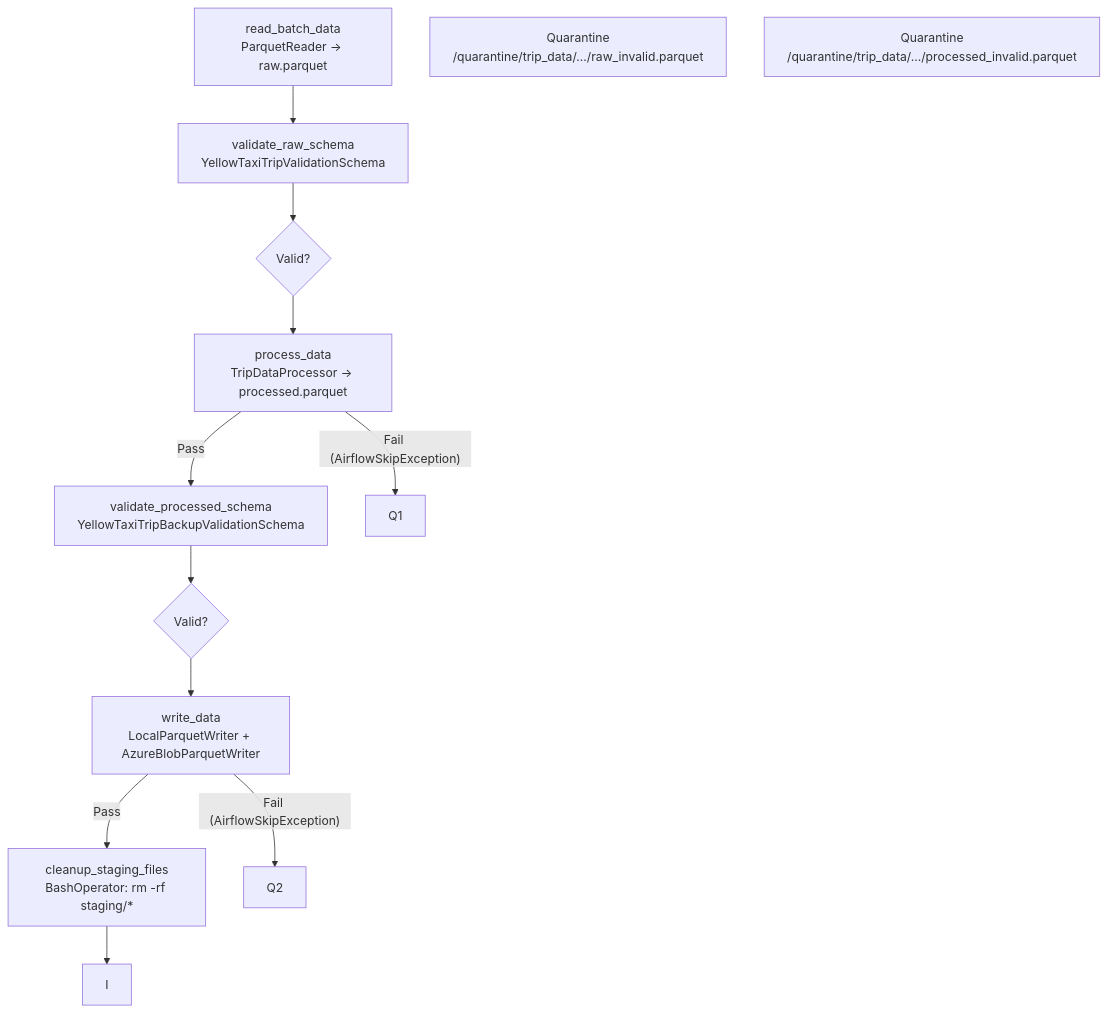
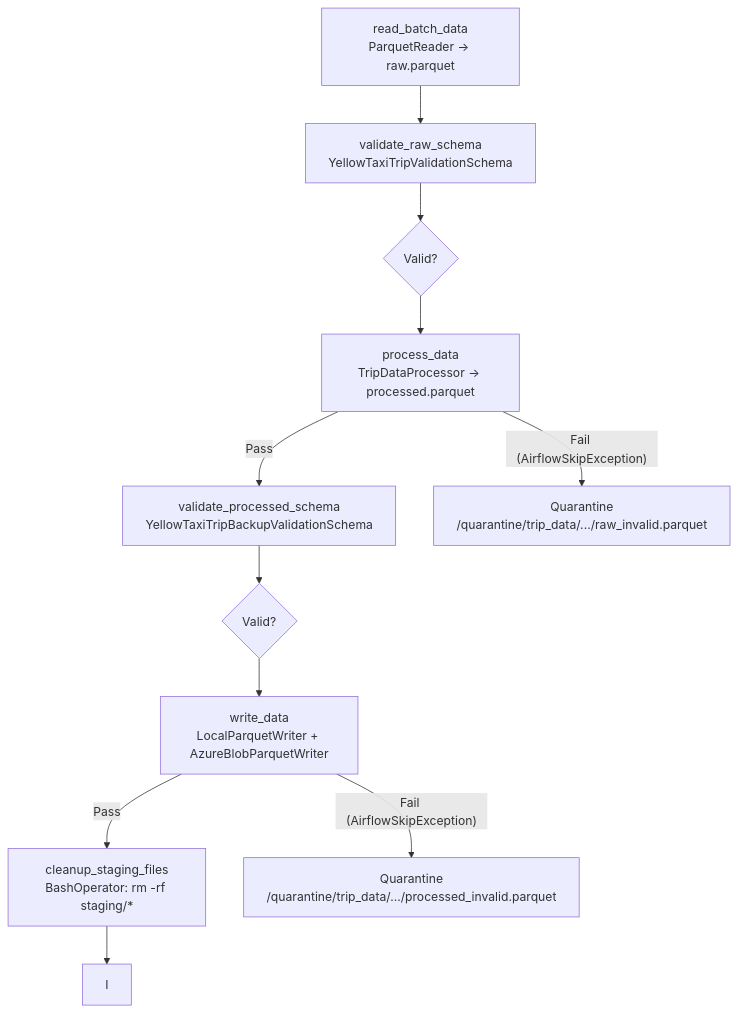
The first of 3 diagrams in README.md (Juangmz7/Data-Engineering-Pipeline), drawn with Mermaid before and after one commit.

Commit message:
Rename quarantine nodes in README diagram

````diff
--- a/README.md
+++ b/README.md
@@ -309,19 +309,19 @@
 ```mermaid
 flowchart TD
     A["read_batch_data\nParquetReader → raw.parquet"]
     B["validate_raw_schema\nYellowTaxiTripValidationSchema"]
     C{"Valid?"}
     D["process_data\nTripDataProcessor → processed.parquet"]
     E["validate_processed_schema\nYellowTaxiTripBackupValidationSchema"]
     F{"Valid?"}
     G["write_data\nLocalParquetWriter + AzureBlobParquetWriter"]
     H["cleanup_staging_files\nBashOperator: rm -rf staging/*"]
-    I1["Quarantine\n/quarantine/trip_data/.../raw_invalid.parquet"]
-    I2["Quarantine\n/quarantine/trip_data/.../processed_invalid.parquet"]
+    Q1["Quarantine\n/quarantine/trip_data/.../raw_invalid.parquet"]
+    Q2["Quarantine\n/quarantine/trip_data/.../processed_invalid.parquet"]
 
     A --> B --> C --> D
     D -- "Pass" --> E --> F --> G
     D -- "Fail (AirflowSkipException)" --> Q1
     G -- "Pass" --> H --> I
     G -- "Fail (AirflowSkipException)" --> Q2
 ```
````
